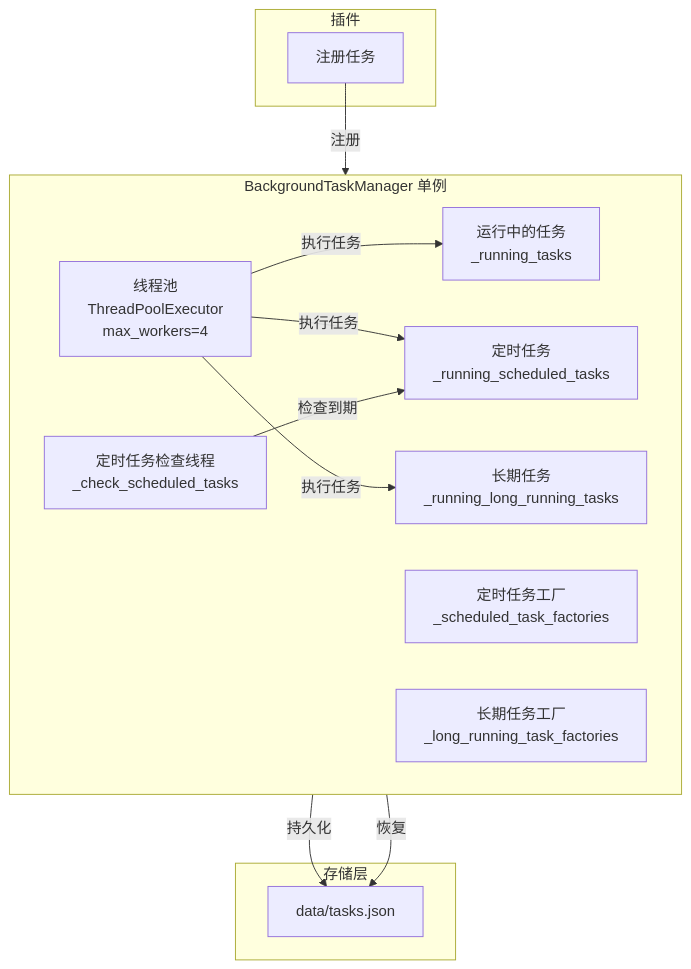
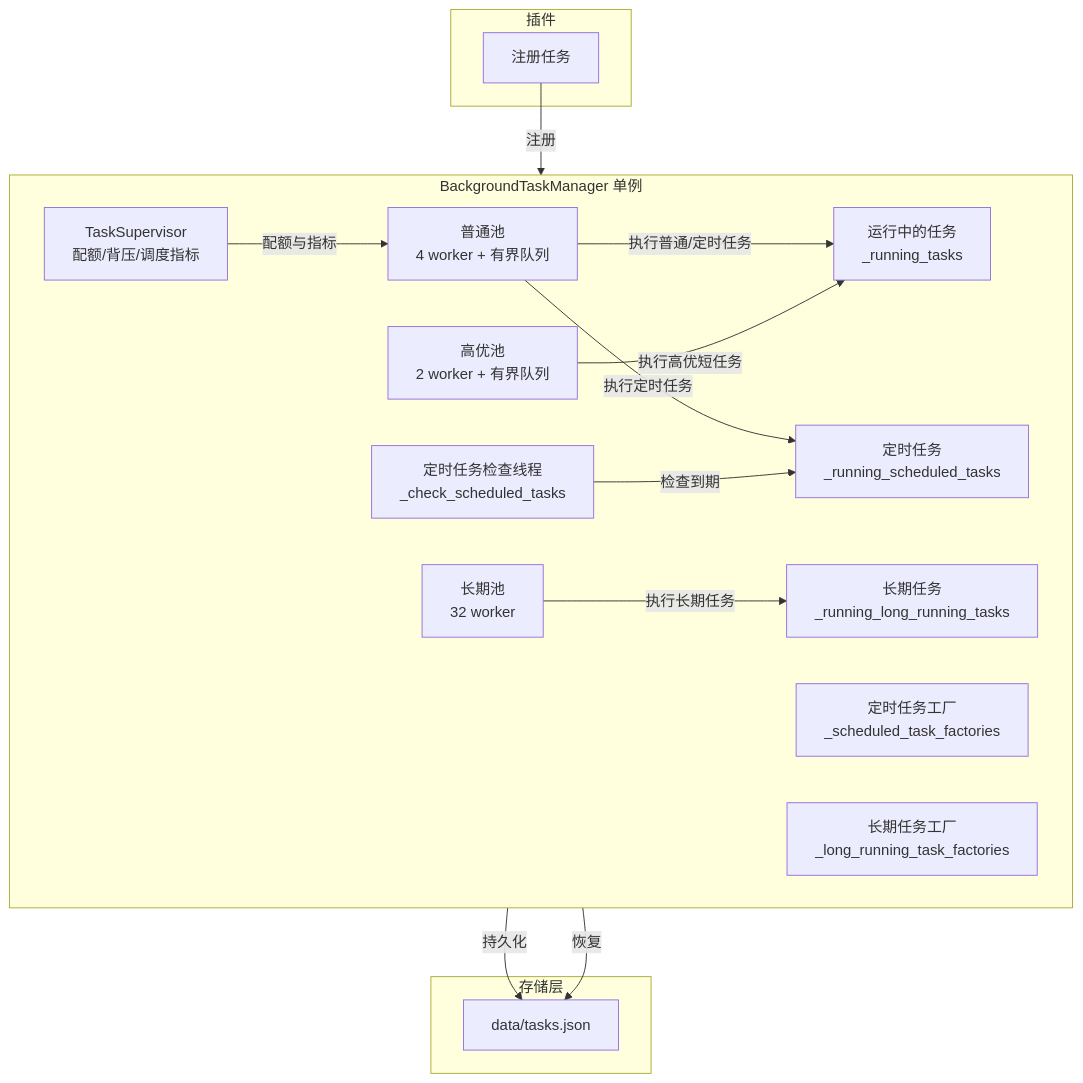
The second of 3 diagrams in docs/core/background-task/overview.md (KKPIP-Tech/InstructionX), drawn with Mermaid before and after one commit. The commit also changed other lines of this file and 9 other files, not shown here.

````diff
--- a/docs/core/background-task/overview.md
+++ b/docs/core/background-task/overview.md
@@ -183,28 +183,33 @@
 ```mermaid
 graph TB
     subgraph BTM [BackgroundTaskManager 单例]
-        Pool[线程池<br/>ThreadPoolExecutor<br/>max_workers=4]
+        NormalPool[普通池<br/>4 worker + 有界队列]
+        HighPool[高优池<br/>2 worker + 有界队列]
+        LongPool[长期池<br/>32 worker]
+        Supervisor[TaskSupervisor<br/>配额/背压/调度指标]
         RunningTasks[运行中的任务<br/>_running_tasks]
         ScheduledTasks[定时任务<br/>_running_scheduled_tasks]
         LongRunningTasks[长期任务<br/>_running_long_running_tasks]
         ScheduledFactories[定时任务工厂<br/>_scheduled_task_factories]
         LongRunningFactories[长期任务工厂<br/>_long_running_task_factories]
         ScheduleChecker[定时任务检查线程<br/>_check_scheduled_tasks]
     end
 
     subgraph Storage [存储层]
         JSON[data/tasks.json]
     end
 
     subgraph Plugin [插件]
         Register[注册任务]
     end
 
-    Pool -->|执行任务| RunningTasks
-    Pool -->|执行任务| ScheduledTasks
-    Pool -->|执行任务| LongRunningTasks
+    NormalPool -->|执行普通/定时任务| RunningTasks
+    NormalPool -->|执行定时任务| ScheduledTasks
+    HighPool -->|执行高优短任务| RunningTasks
+    LongPool -->|执行长期任务| LongRunningTasks
+    Supervisor -->|配额与指标| NormalPool
     ScheduleChecker -->|检查到期| ScheduledTasks
     Register -->|注册| BTM
     BTM -->|持久化| JSON
     BTM -->|恢复| JSON
 ```
````
